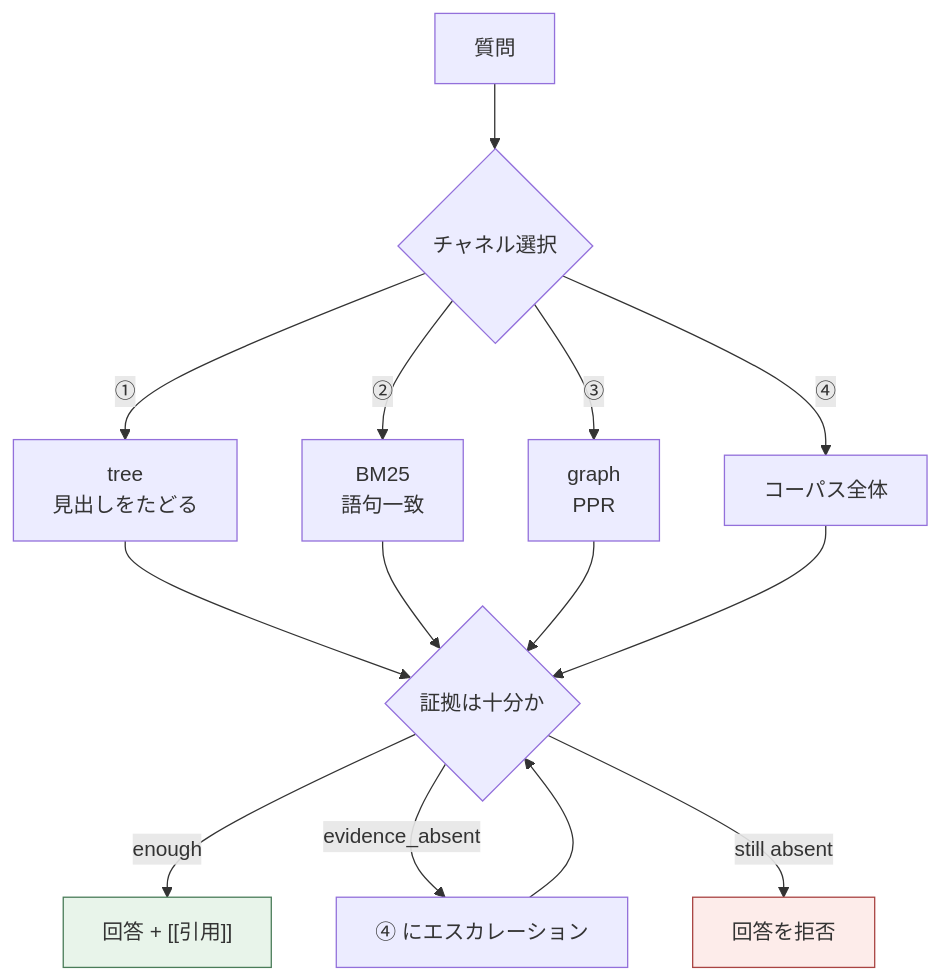
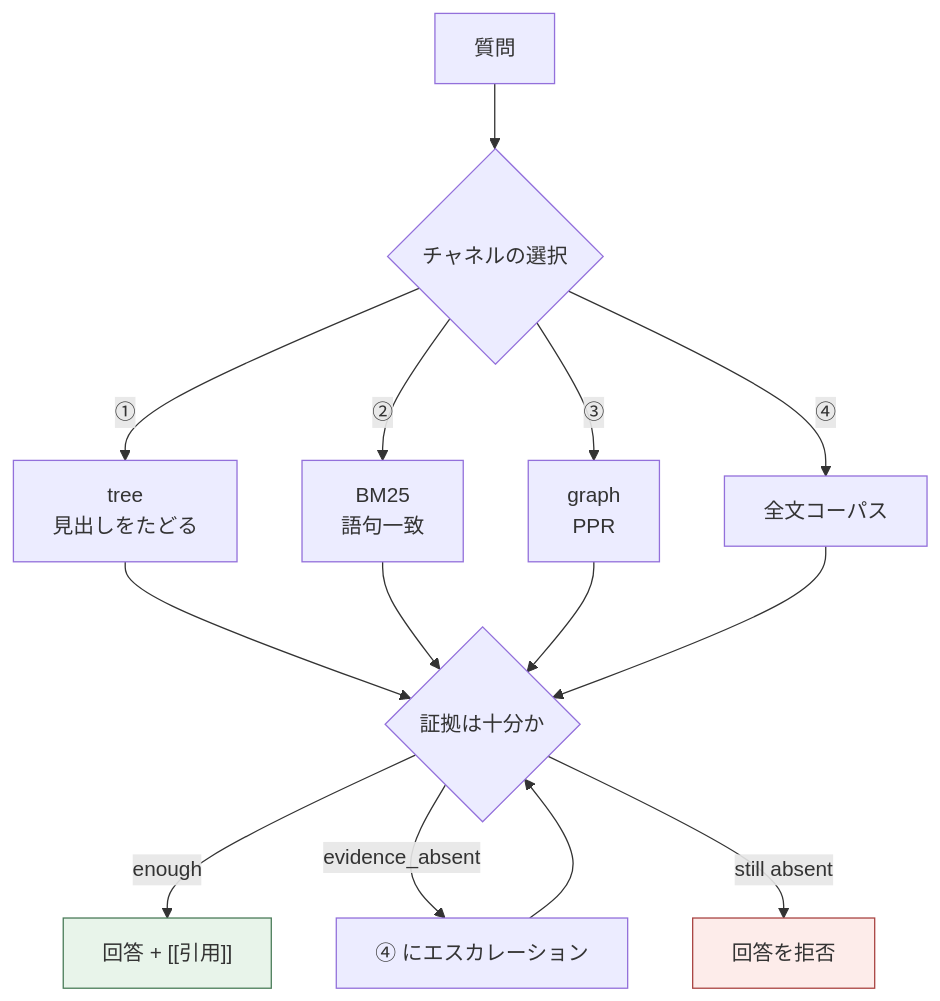
Before and after one commit to DeepTrial/KoiosBase: the second of 3 diagrams in docs/i18n/README.ja.md, drawn with Mermaid. The commit also changed other lines of this file and 5 other files, not shown here.

````diff
--- a/docs/i18n/README.ja.md
+++ b/docs/i18n/README.ja.md
@@ -136,18 +139,18 @@
 ```mermaid
 flowchart TD
-    Q[質問] --> C{"チャネル選択"}
+    Q[質問] --> C{"チャネルの選択"}
     C -->|①| T["tree<br/>見出しをたどる"]
     C -->|②| B25["BM25<br/>語句一致"]
     C -->|③| G["graph<br/>PPR"]
-    C -->|④| F["コーパス全体"]
+    C -->|④| F["全文コーパス"]
     T --> Gr{"証拠は十分か"}
     B25 --> Gr
     G --> Gr
     F --> Gr
     Gr -->|enough| An["回答 + [[引用]]"]
     Gr -->|"evidence_absent"| Esc["④ にエスカレーション"]
     Esc --> Gr
     Gr -->|still absent| R[回答を拒否]
     style An fill:#e8f4ea,stroke:#4a7c59
     style R fill:#fdecea,stroke:#a94442
 ```
````
